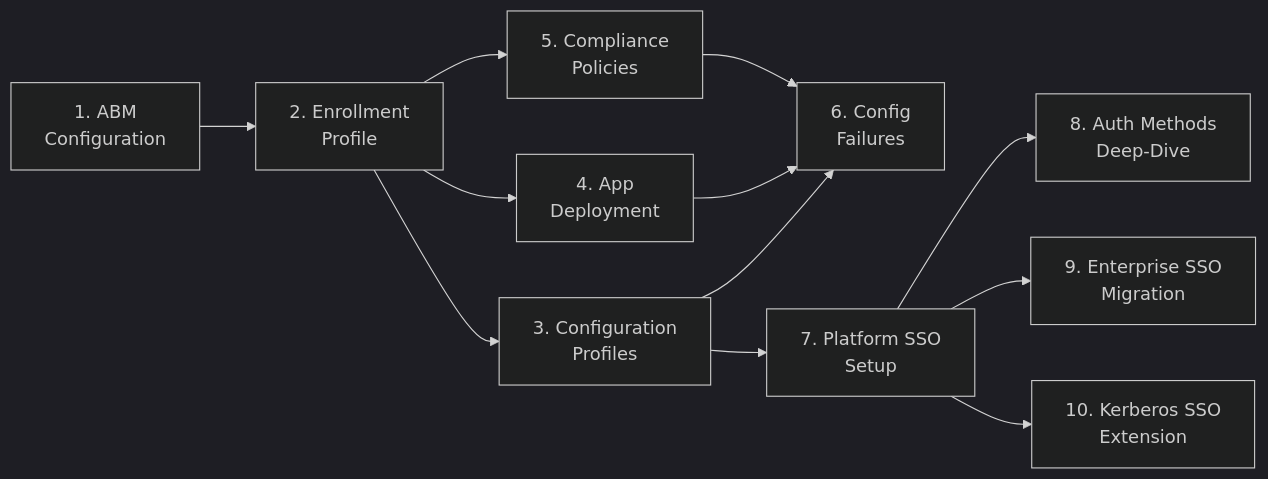
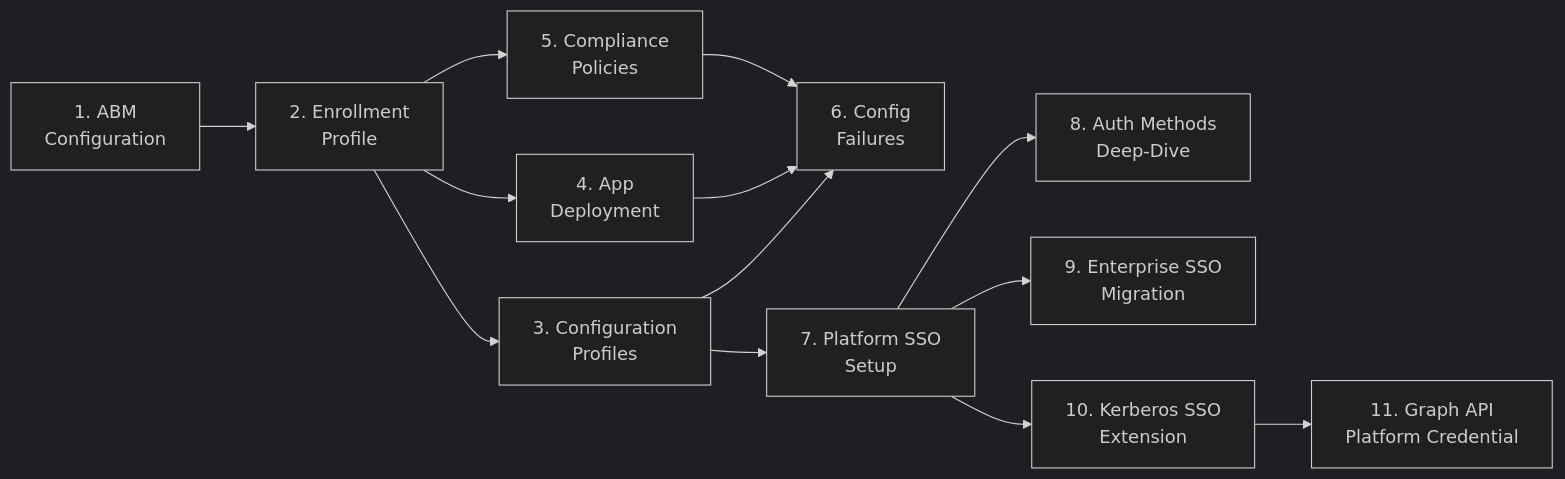
The diagram in docs/admin-setup-macos/00-overview.md (Schweinehund/Autopilot), drawn with Mermaid (dark theme) before and after one commit. The commit also changed other lines of this file, not shown here.

First line of the commit message:
docs(84-02): add guide 11 node to 00-overview Mermaid diagram and numbered list

````diff
--- a/docs/admin-setup-macos/00-overview.md
+++ b/docs/admin-setup-macos/00-overview.md
@@ -19,14 +19,15 @@
 ```mermaid
 graph LR
   A[1. ABM<br/>Configuration] --> B[2. Enrollment<br/>Profile]
   B --> C[3. Configuration<br/>Profiles]
   B --> D[4. App<br/>Deployment]
   B --> E[5. Compliance<br/>Policies]
   C --> F[6. Config<br/>Failures]
   D --> F
   E --> F
   C --> G[7. Platform SSO<br/>Setup]
   G --> H[8. Auth Methods<br/>Deep-Dive]
   G --> I[9. Enterprise SSO<br/>Migration]
   G --> J[10. Kerberos SSO<br/>Extension]
+  J --> K[11. Graph API<br/>Platform Credential]
 ```
````
